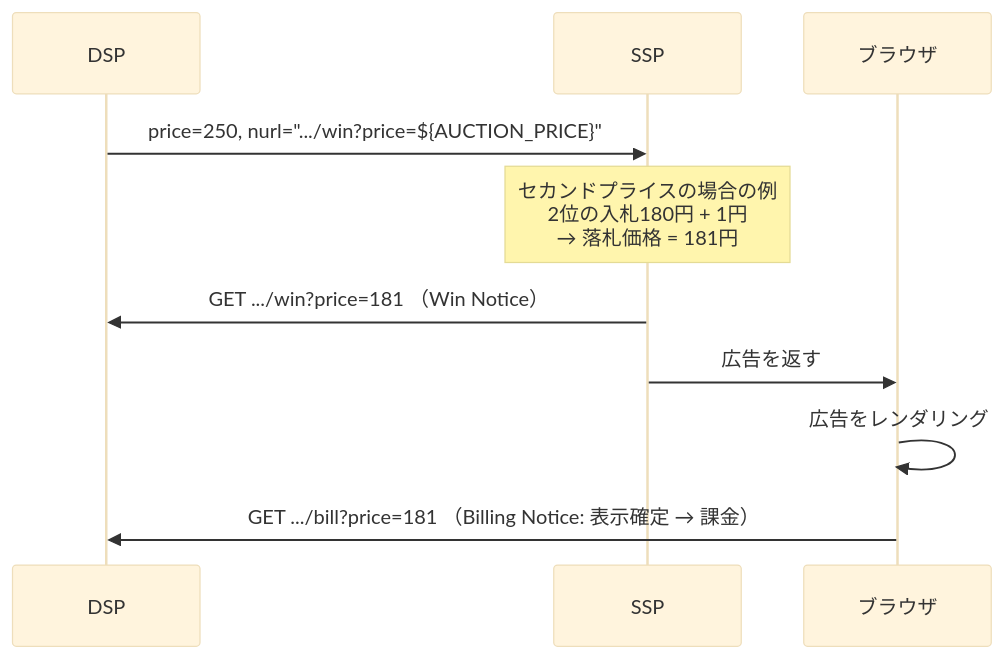
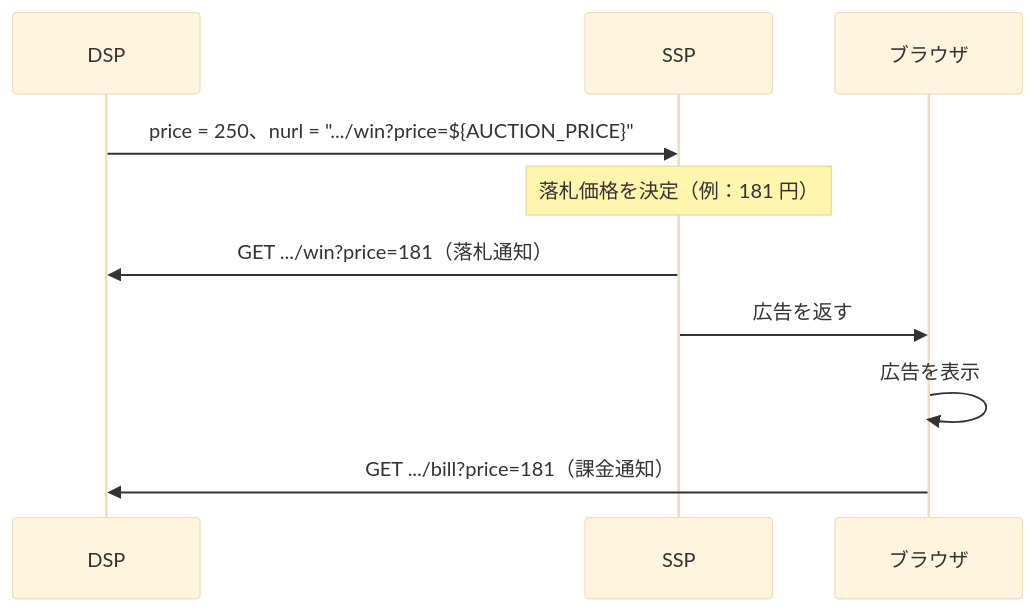
Before and after one commit to yasut0ra/rtb-study: the third of 3 diagrams in docs/03-openrtb.md, drawn with Mermaid (base theme). The commit also changed other lines of this file and 36 other files, not shown here.

````diff
--- a/docs/03-openrtb.md
+++ b/docs/03-openrtb.md
@@ -155,12 +160,12 @@
 ```mermaid
 sequenceDiagram
     participant D as DSP
     participant S as SSP
     participant B as ブラウザ
-    D->>S: price=250, nurl=".../win?price=${AUCTION_PRICE}"
-    Note over S: セカンドプライスの場合の例<br/>2位の入札180円 + 1円<br/>→ 落札価格 = 181円
-    S->>D: GET .../win?price=181 （Win Notice）
+    D->>S: price = 250、nurl = ".../win?price=${AUCTION_PRICE}"
+    Note over S: 落札価格を決定（例：181 円）
+    S->>D: GET .../win?price=181（落札通知）
     S->>B: 広告を返す
-    B->>B: 広告をレンダリング
-    B->>D: GET .../bill?price=181 （Billing Notice: 表示確定 → 課金）
+    B->>B: 広告を表示
+    B->>D: GET .../bill?price=181（課金通知）
 ```
````
